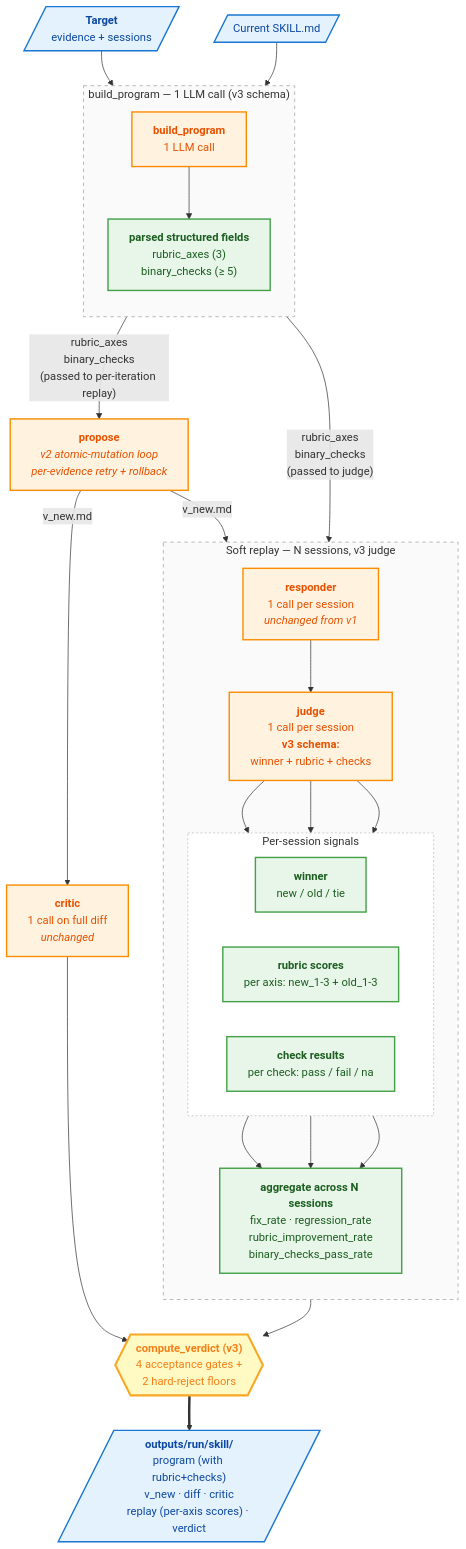
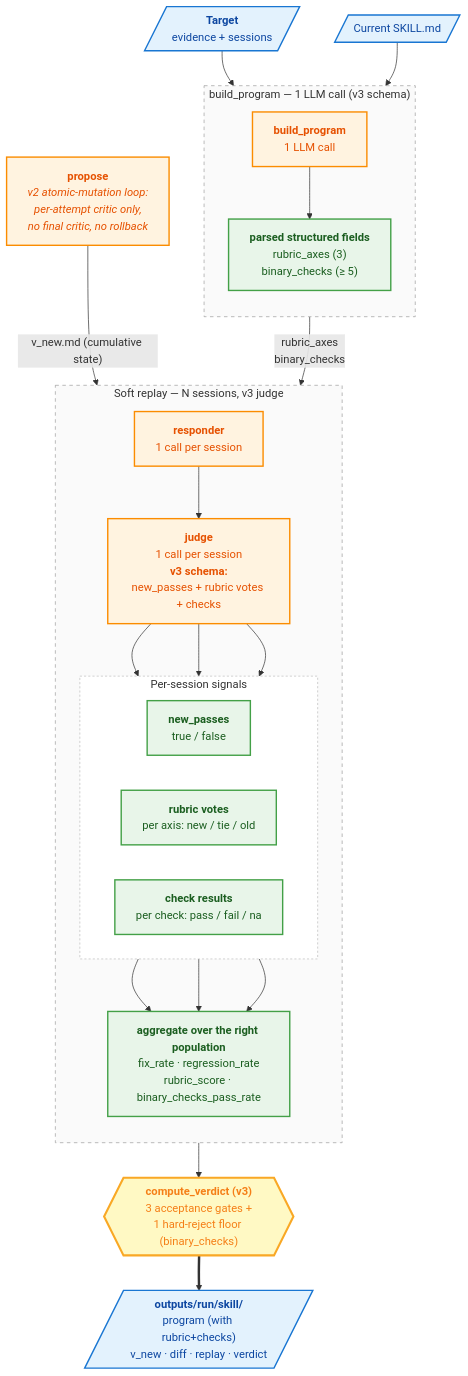
One commit to yilgara/agent-autoresearch changed the diagram in src/strategies/v3/docs.md. Above: the diagram before and after it, drawn with Mermaid. The commit also changed other lines of this file and 2 other files, not shown here.

````diff
--- a/src/strategies/v3/docs.md
+++ b/src/strategies/v3/docs.md
@@ -36,67 +32,55 @@
 ```mermaid
 flowchart TB
-    %% ── Inputs ──
     TGT[/"<b>Target</b><br/>evidence + sessions"/]:::io
     SK[/"Current SKILL.md"/]:::io
 
-    %% ── Phase B-1 · build_program emits structured outputs ──
     subgraph PHB1[" build_program — 1 LLM call (v3 schema) "]
         direction TB
         BP["<b>build_program</b><br/>1 LLM call"]:::llm
         STRUCT["<b>parsed structured fields</b><br/>rubric_axes (3)<br/>binary_checks (≥ 5)"]:::nollm
         BP --> STRUCT
     end
     TGT --> BP
     SK --> BP
 
-    %% ── Phase B-2 · v2 atomic-mutation propose (unchanged from v2) ──
-    PROP["<b>propose</b><br/><i>v2 atomic-mutation loop<br/>per-evidence retry + rollback</i>"]:::llm
-    STRUCT -- "rubric_axes<br/>binary_checks<br/>(passed to per-iteration replay)" --> PROP
+    PROP["<b>propose</b><br/><i>v2 atomic-mutation loop:<br/>per-attempt critic only,<br/>no final critic, no rollback</i>"]:::llm
 
-    %% ── Phase C · Soft replay with v3 judge ──
     subgraph PHC[" Soft replay — N sessions, v3 judge "]
         direction TB
-        RESP["<b>responder</b><br/>1 call per session<br/><i>unchanged from v1</i>"]:::llm
-        JUDGE["<b>judge</b><br/>1 call per session<br/><b>v3 schema:</b><br/>winner + rubric + checks"]:::llm
+        RESP["<b>responder</b><br/>1 call per session"]:::llm
+        JUDGE["<b>judge</b><br/>1 call per session<br/><b>v3 schema:</b><br/>new_passes + rubric votes + checks"]:::llm
 
         subgraph JOUT[" Per-session signals "]
             direction LR
-            J1["<b>winner</b><br/>new / old / tie"]:::nollm
-            J2["<b>rubric scores</b><br/>per axis: new_1-3 + old_1-3"]:::nollm
+            J1["<b>new_passes</b><br/>true / false"]:::nollm
+            J2["<b>rubric votes</b><br/>per axis: new / tie / old"]:::nollm
             J3["<b>check results</b><br/>per check: pass / fail / na"]:::nollm
         end
 
-        AGG["<b>aggregate across N sessions</b><br/>fix_rate · regression_rate<br/>rubric_improvement_rate<br/>binary_checks_pass_rate"]:::nollm
+        AGG["<b>aggregate over the right population</b><br/>fix_rate · regression_rate<br/>rubric_score · binary_checks_pass_rate"]:::nollm
 
         RESP --> JUDGE
         JUDGE --> J1
         JUDGE --> J2
         JUDGE --> J3
         J1 --> AGG
         J2 --> AGG
         J3 --> AGG
     end
-    STRUCT -- "rubric_axes<br/>binary_checks<br/>(passed to judge)" --> JUDGE
-    PROP -- "v_new.md" --> RESP
+    STRUCT -- "rubric_axes<br/>binary_checks" --> JUDGE
+    PROP -- "v_new.md (cumulative state)" --> RESP
 
-    %% ── Critic (unchanged from v1/v2) ──
-    CR["<b>critic</b><br/>1 call on full diff<br/><i>unchanged</i>"]:::llm
-    PROP -- "v_new.md" --> CR
+    V{{"<b>compute_verdict (v3)</b><br/>3 acceptance gates +<br/>1 hard-reject floor (binary_checks)"}}:::verdict
+    AGG --> V
 
-    %% ── 4-gate verdict ──
-    V{{"<b>compute_verdict (v3)</b><br/>4 acceptance gates +<br/>2 hard-reject floors"}}:::verdict
-    AGG --> V
-    CR --> V
-
-    OUT[/"<b>outputs/run/skill/</b><br/>program (with rubric+checks)<br/>v_new · diff · critic<br/>replay (per-axis scores) · verdict"/]:::io
+    OUT[/"<b>outputs/run/skill/</b><br/>program (with rubric+checks)<br/>v_new · diff · replay · verdict"/]:::io
     V ==> OUT
 
-    %% ── Styling ──
     classDef nollm fill:#E8F5E9,stroke:#43A047,stroke-width:2px,color:#1B5E20
     classDef llm fill:#FFF3E0,stroke:#FB8C00,stroke-width:2px,color:#E65100
     classDef io fill:#E3F2FD,stroke:#1976D2,stroke-width:2px,color:#0D47A1
     classDef verdict fill:#FFF9C4,stroke:#F9A825,stroke-width:3px,color:#F57F17
     style PHB1 fill:#FAFAFA,stroke:#9E9E9E,stroke-dasharray:5 5
     style PHC fill:#FAFAFA,stroke:#9E9E9E,stroke-dasharray:5 5
     style JOUT fill:#FFFFFF,stroke:#BDBDBD,stroke-dasharray:3 3
 ```
````
